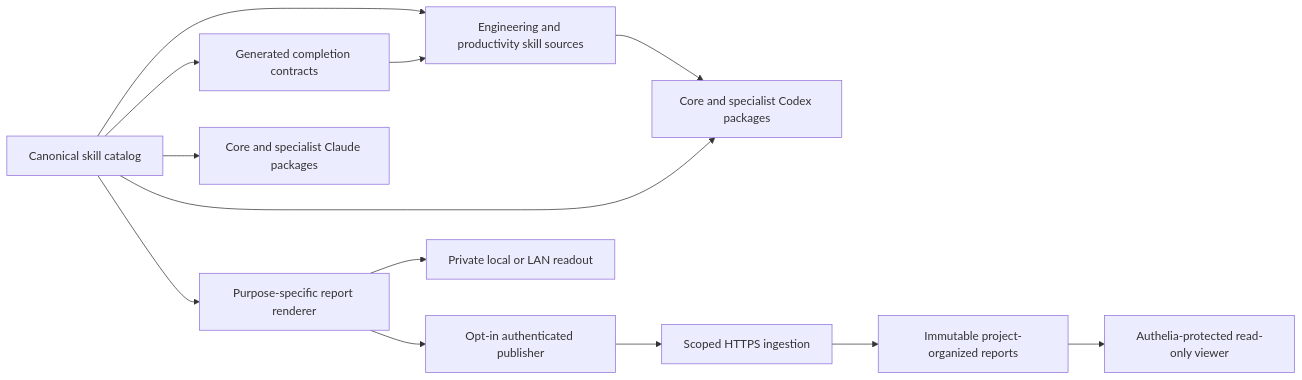
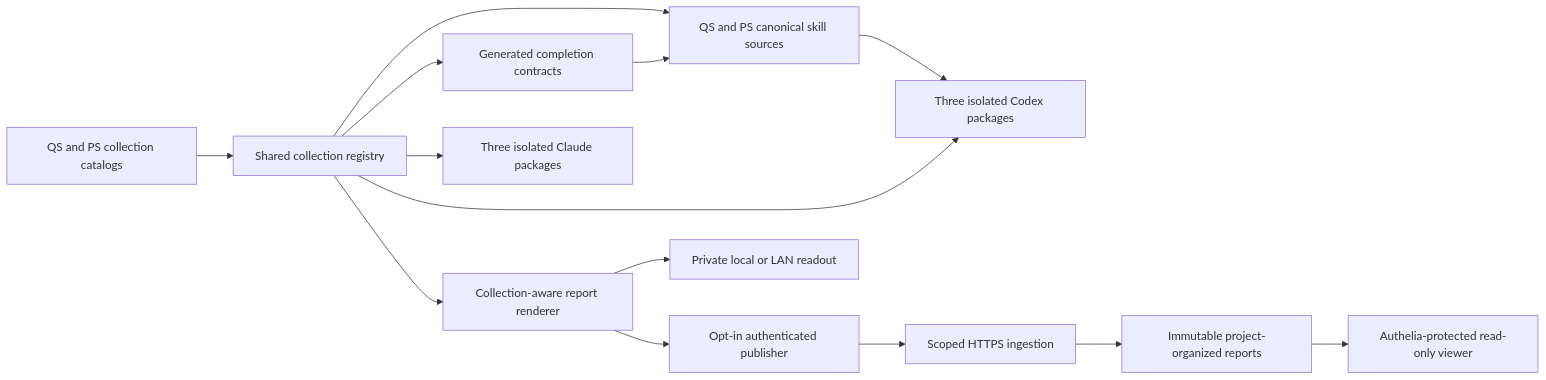
The diagram in docs/architecture.md (quickstark/skills), drawn with Mermaid before and after one commit. The commit also changed other lines of this file and 238 other files, not shown here.

````diff
--- a/docs/architecture.md
+++ b/docs/architecture.md
@@ -7,15 +7,16 @@
 ```mermaid
 flowchart LR
-    catalog["Canonical skill catalog"] --> sources["Engineering and productivity skill sources"]
-    catalog --> contracts["Generated completion contracts"]
-    catalog --> claude["Core and specialist Claude packages"]
-    catalog --> codex["Core and specialist Codex packages"]
-    catalog --> renderer["Purpose-specific report renderer"]
+    catalog["QS and PS collection catalogs"] --> registry["Shared collection registry"]
+    registry --> sources["QS and PS canonical skill sources"]
+    registry --> contracts["Generated completion contracts"]
+    registry --> claude["Three isolated Claude packages"]
+    registry --> codex["Three isolated Codex packages"]
+    registry --> renderer["Collection-aware report renderer"]
     sources --> codex
     contracts --> sources
     renderer --> local["Private local or LAN readout"]
     renderer --> publisher["Opt-in authenticated publisher"]
     publisher --> ingestion["Scoped HTTPS ingestion"]
     ingestion --> storage["Immutable project-organized reports"]
     storage --> viewer["Authelia-protected read-only viewer"]
 ```
````
